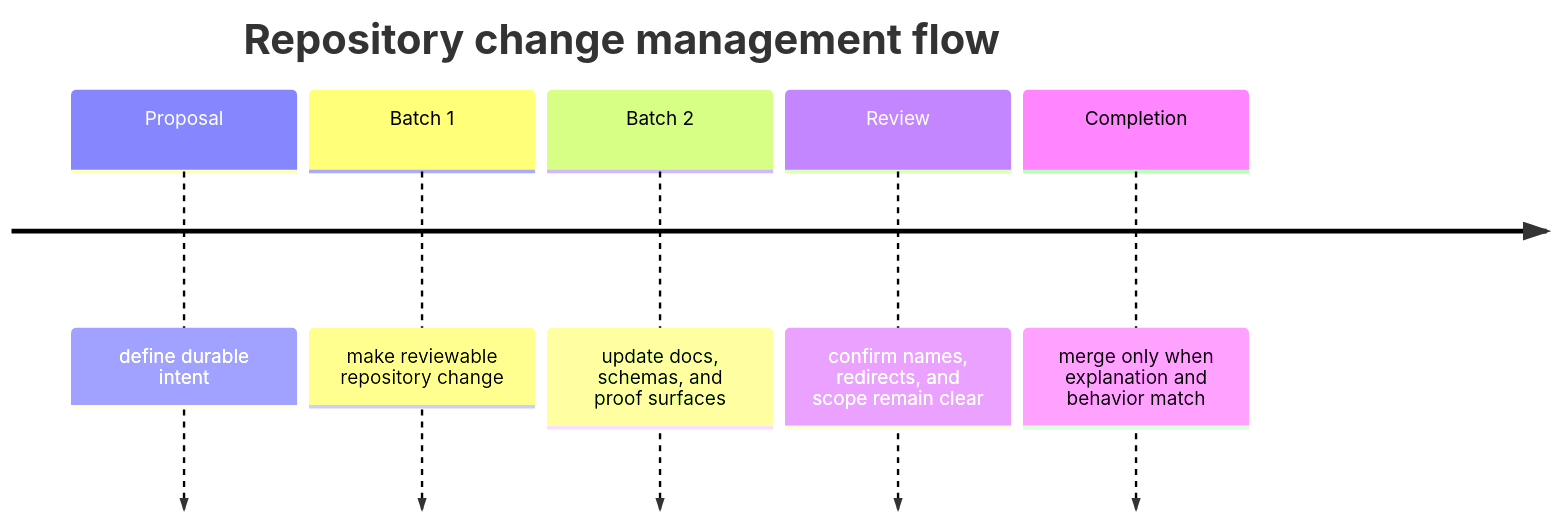
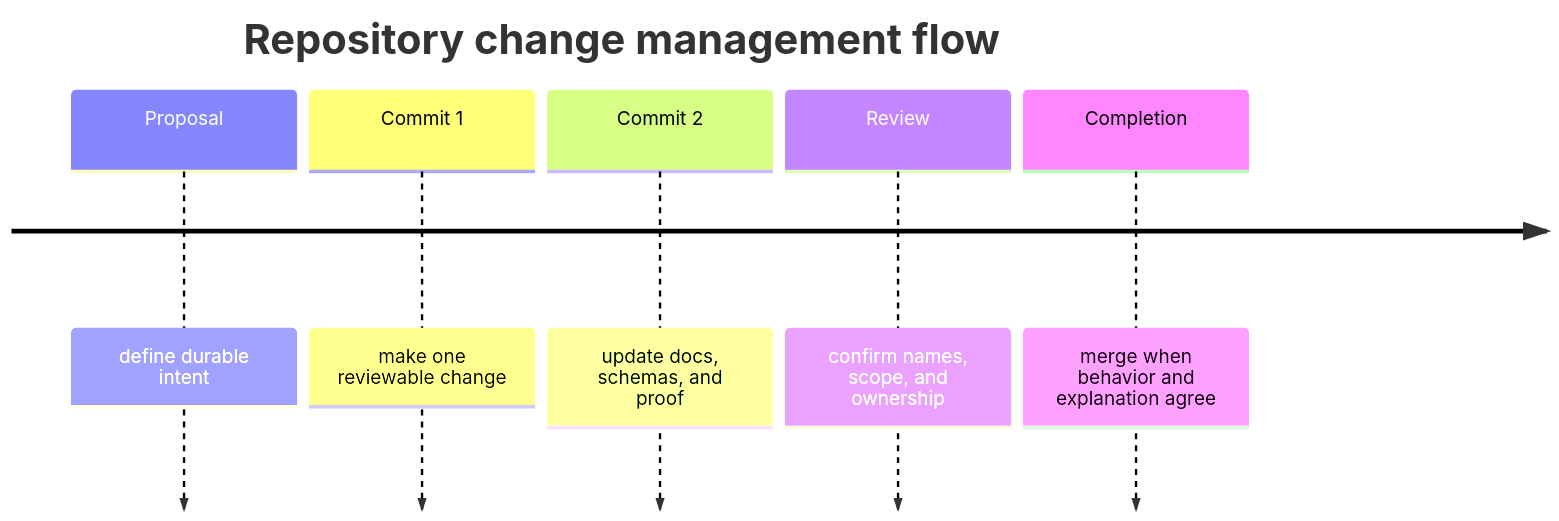
One commit to bijux/bijux-proteomics changed the diagram in docs/01-bijux-proteomics/operations/change-management.md. Above: the diagram before and after it, drawn with Mermaid. The commit also changed other lines of this file and 19 other files, not shown here.

Commit message:
docs(repository): replace root handbook diagrams

````diff
--- a/docs/01-bijux-proteomics/operations/change-management.md
+++ b/docs/01-bijux-proteomics/operations/change-management.md
@@ -14,9 +14,9 @@
 ```mermaid
 timeline
     title Repository change management flow
     Proposal : define durable intent
-    Batch 1 : make reviewable repository change
-    Batch 2 : update docs, schemas, and proof surfaces
-    Review : confirm names, redirects, and scope remain clear
-    Completion : merge only when explanation and behavior match
+    Commit 1 : make one reviewable change
+    Commit 2 : update docs, schemas, and proof
+    Review : confirm names, scope, and ownership
+    Completion : merge when behavior and explanation agree
 ```
````
